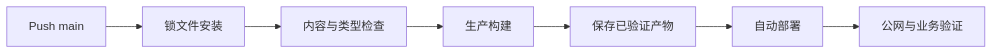
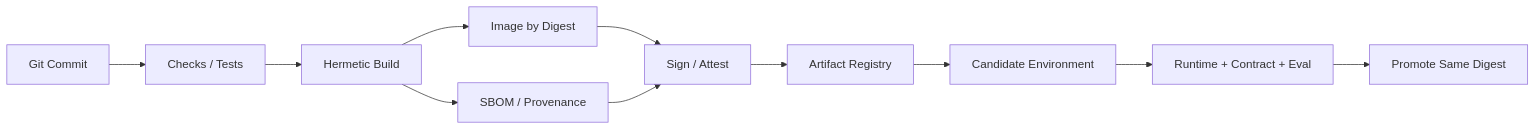
Before and after one commit to upJiang/jiang-blog-vitepress: the diagram in docs/devops/ci-cd-artifact-security.md, drawn with Mermaid. The commit also changed other lines of this file and 425 other files, not shown here.

````diff
--- a/docs/devops/ci-cd-artifact-security.md
+++ b/docs/devops/ci-cd-artifact-security.md
@@ -37,9 +34,13 @@
 ```mermaid
 flowchart LR
-  P[Push main] --> I[锁文件安装]
-  I --> Q[内容与类型检查]
-  Q --> B[生产构建]
-  B --> A[保存已验证产物]
-  A --> D[自动部署]
-  D --> V[公网与业务验证]
+  G[Git Commit] --> C[Checks / Tests]
+  C --> B[Hermetic Build]
+  B --> I[Image by Digest]
+  B --> S[SBOM / Provenance]
+  I --> X[Sign / Attest]
+  S --> X
+  X --> R[Artifact Registry]
+  R --> T[Candidate Environment]
+  T --> V[Runtime + Contract + Eval]
+  V --> P[Promote Same Digest]
 ```
````
